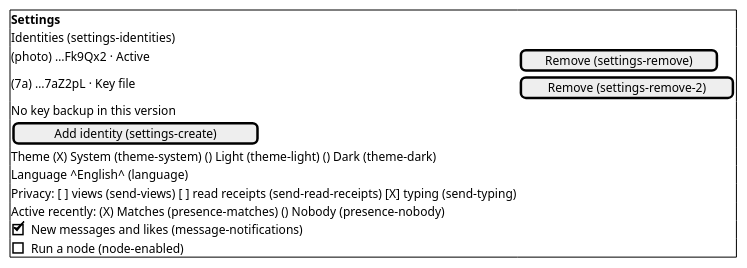
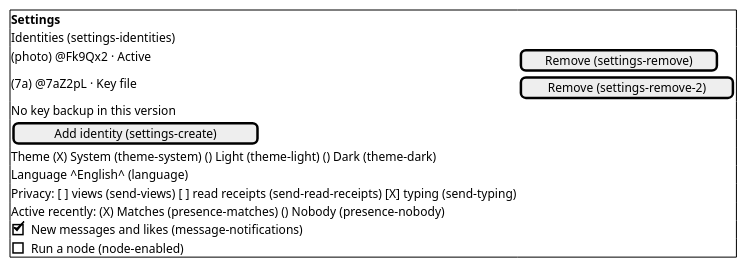
Diagram 14 of 15 in docs/design/desktop-screens.md (abbat/dyapp), drawn with PlantUML before and after one commit. The commit also changed other lines of this file and 2 other files, not shown here.

````diff
--- a/docs/design/desktop-screens.md
+++ b/docs/design/desktop-screens.md
@@ -278,18 +278,18 @@
 ```plantuml
 @startsalt
 {+
 <b>Settings
 Identities (settings-identities)
-(photo) …Fk9Qx2 · Active | [Remove (settings-remove)]
-(7a) …7aZ2pL · Key file | [Remove (settings-remove-2)]
+(photo) @Fk9Qx2 · Active | [Remove (settings-remove)]
+(7a) @7aZ2pL · Key file | [Remove (settings-remove-2)]
 No key backup in this version
 [Add identity (settings-create)]
 Theme (X) System (theme-system) () Light (theme-light) () Dark (theme-dark)
 Language ^English^ (language)
 Privacy: [ ] views (send-views) [ ] read receipts (send-read-receipts) [X] typing (send-typing)
 Active recently: (X) Matches (presence-matches) () Nobody (presence-nobody)
 [X] New messages and likes (message-notifications)
 [ ] Run a node (node-enabled)
 }
 @endsalt
 ```
````
